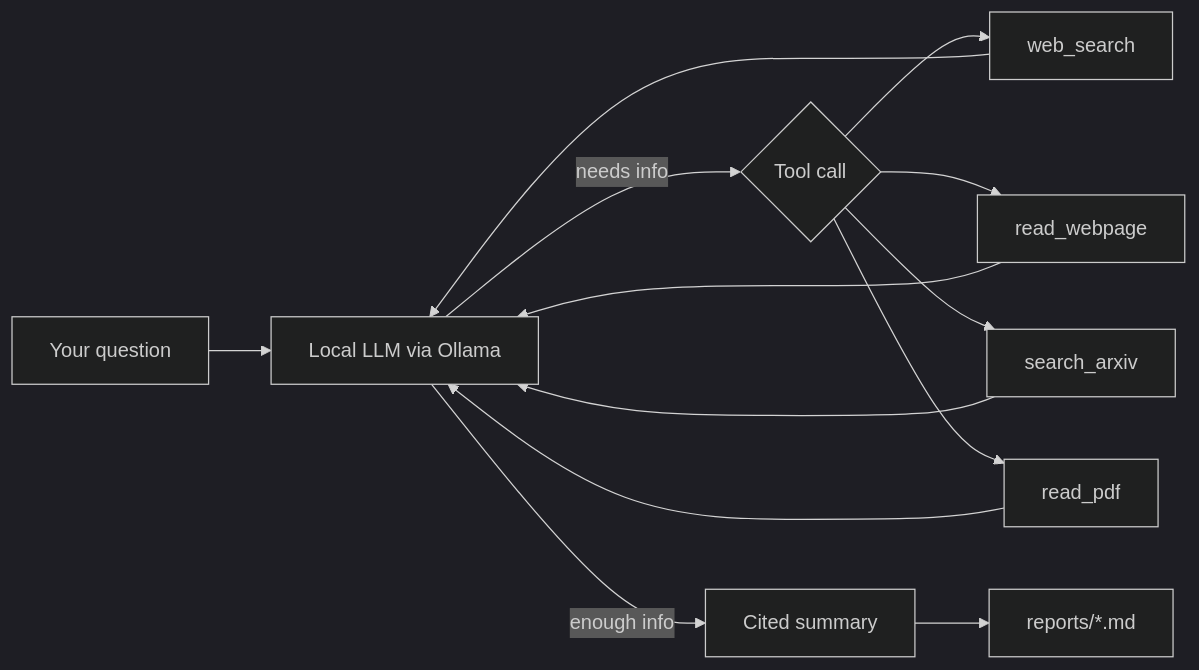
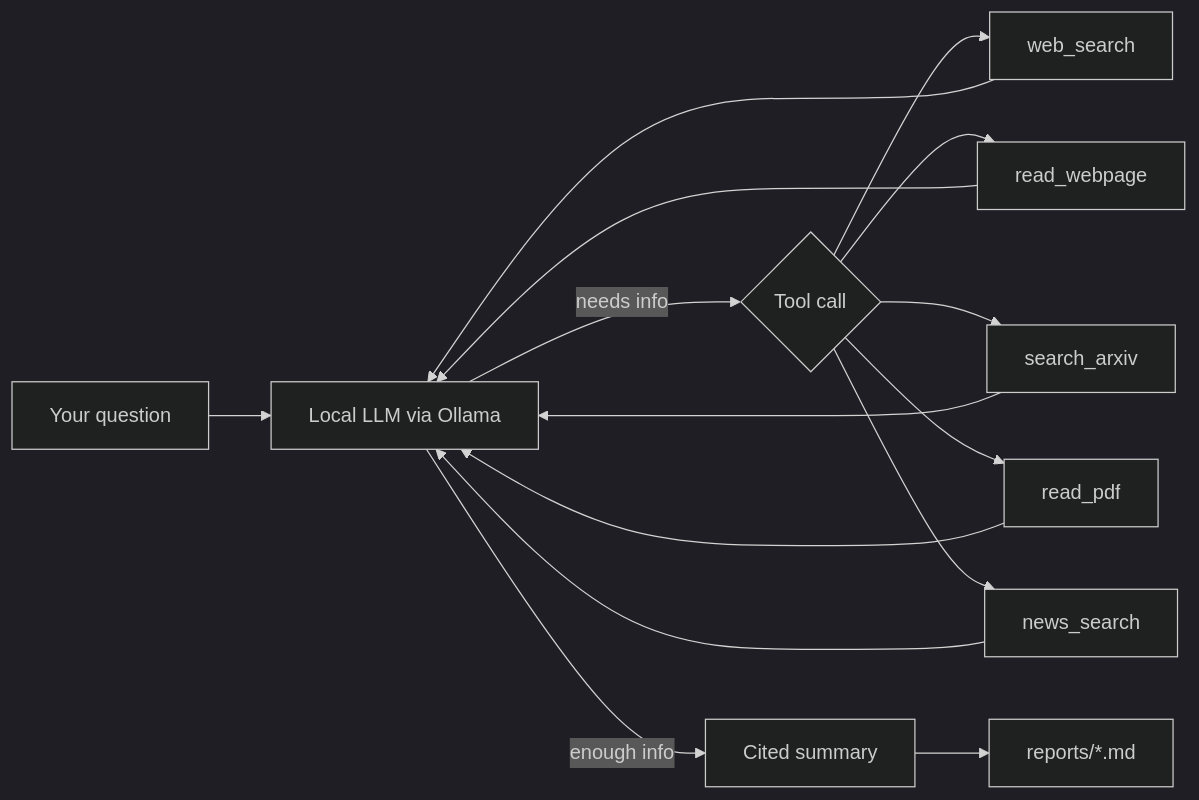
One commit to namrathanaik-16/local-research-agent changed the diagram in README.md. Above: the diagram before and after it, drawn with Mermaid (dark theme). The commit also changed other lines of this file, not shown here.

````diff
--- a/README.md
+++ b/README.md
@@ -18,15 +19,17 @@
 ```mermaid
 flowchart LR
     A[Your question] --> B[Local LLM via Ollama]
     B -->|needs info| C{Tool call}
     C --> D[web_search]
     C --> E[read_webpage]
     C --> H[search_arxiv]
     C --> I[read_pdf]
+    C --> J[news_search]
     D --> B
     E --> B
     H --> B
     I --> B
+    J --> B
     B -->|enough info| F[Cited summary]
     F --> G[reports/*.md]
 ```
````
